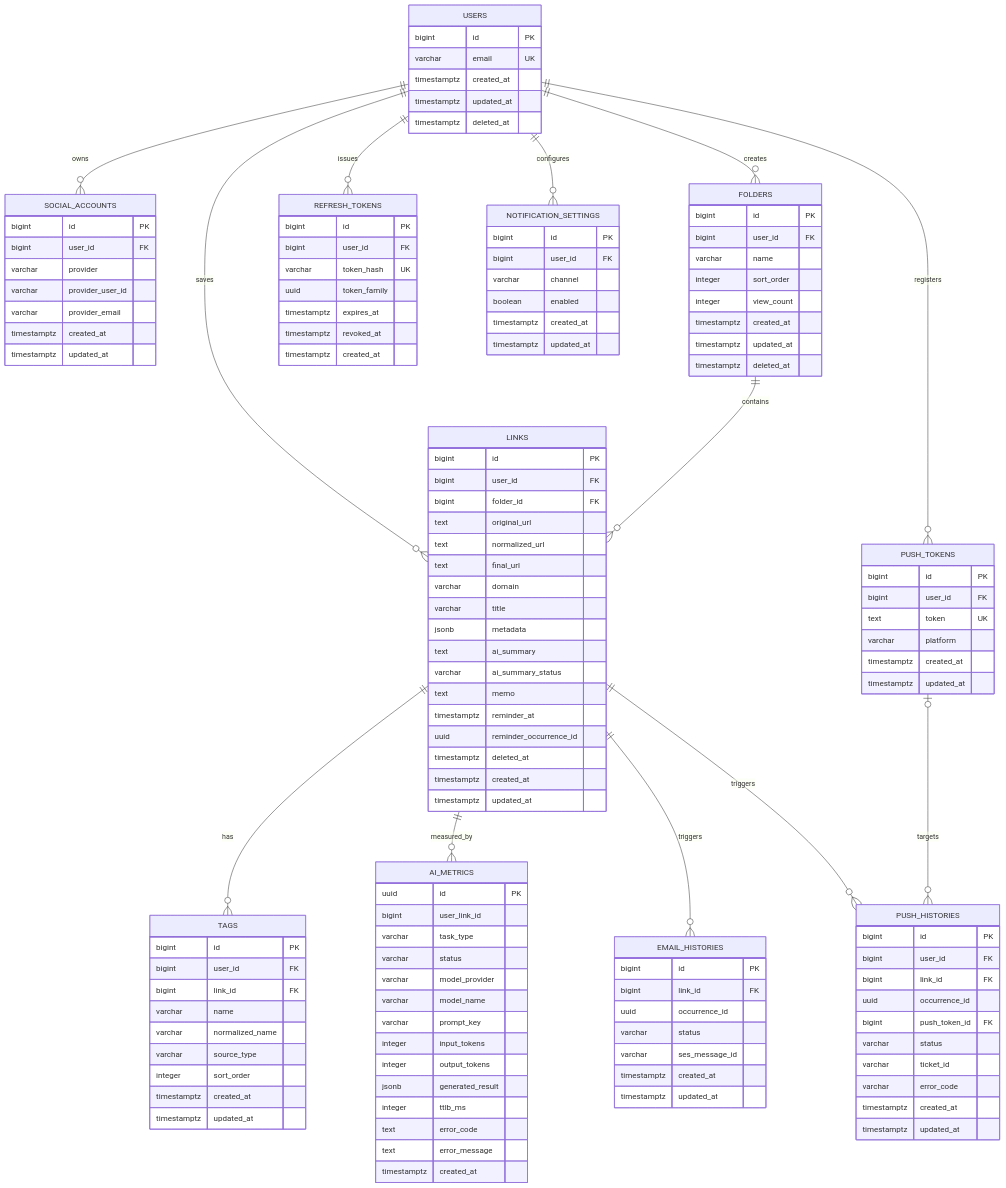
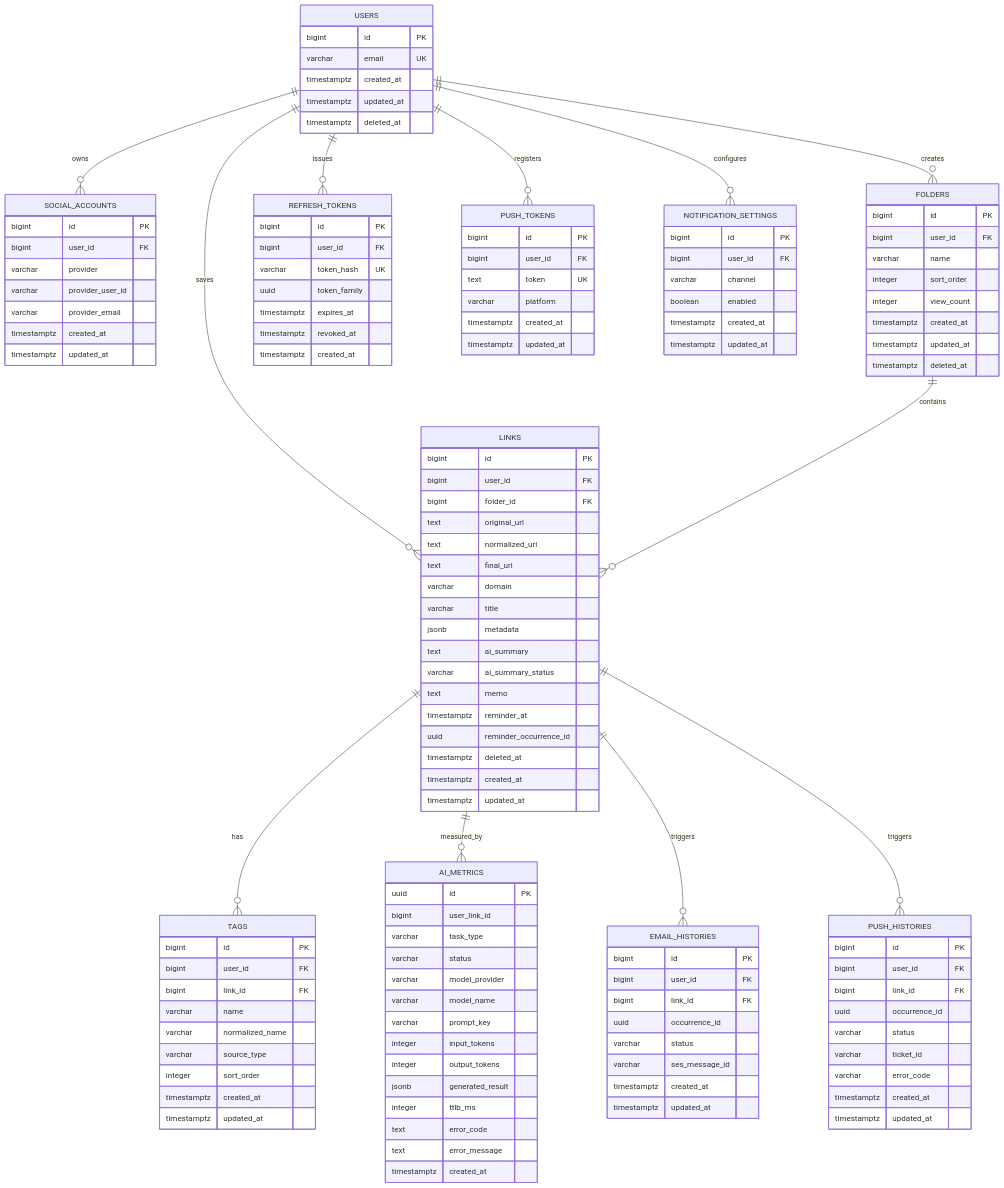
One commit to mash-up-kr/Promise.9-Server changed the diagram in docs/database/erd.md. Above: the diagram before and after it, drawn with Mermaid. The commit also changed 9 other files, not shown here.

```diff
--- a/docs/database/erd.md
+++ b/docs/database/erd.md
@@ -19,7 +19,6 @@
   USERS ||--o{ NOTIFICATION_SETTINGS : configures
   LINKS ||--o{ EMAIL_HISTORIES : triggers
   LINKS ||--o{ PUSH_HISTORIES : triggers
-  PUSH_TOKENS |o--o{ PUSH_HISTORIES : targets
 
   PUSH_TOKENS {
     bigint id PK
@@ -41,6 +40,7 @@
 
   EMAIL_HISTORIES {
     bigint id PK
+    bigint user_id FK
     bigint link_id FK
     uuid occurrence_id
     varchar status
@@ -54,7 +54,6 @@
     bigint user_id FK
     bigint link_id FK
     uuid occurrence_id
-    bigint push_token_id FK
     varchar status
     varchar ticket_id
     varchar error_code
```
